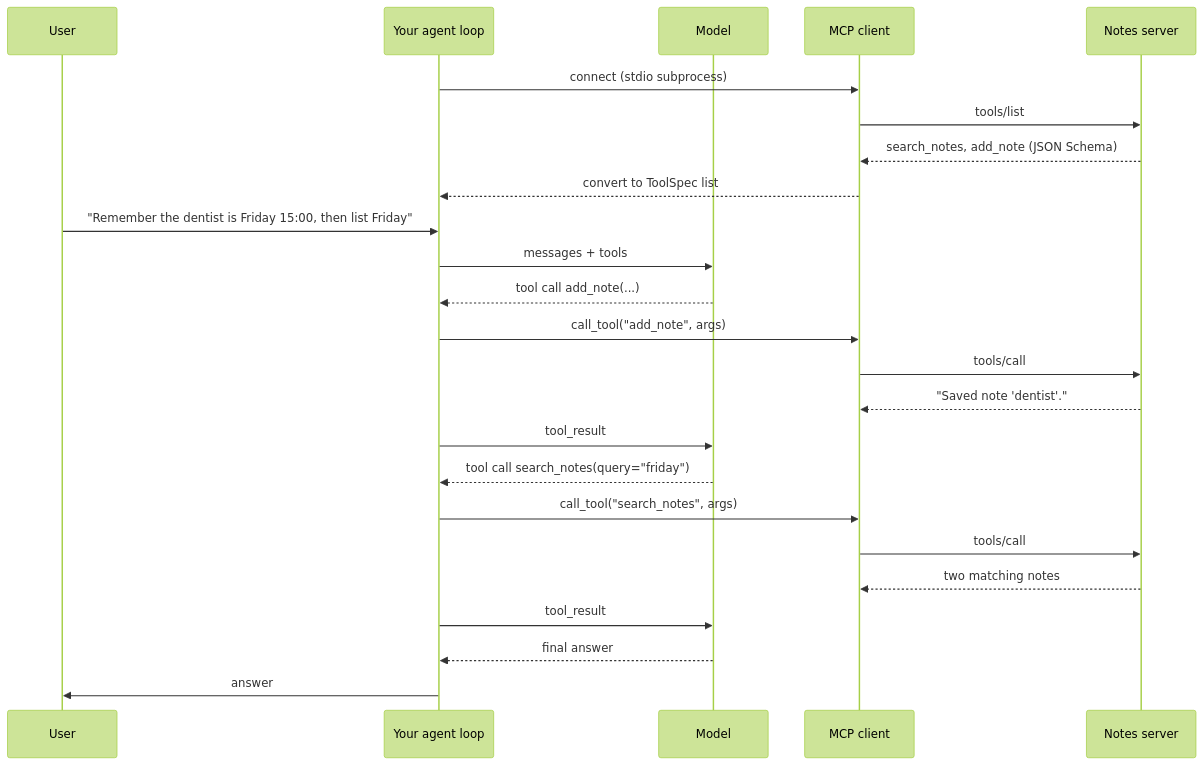
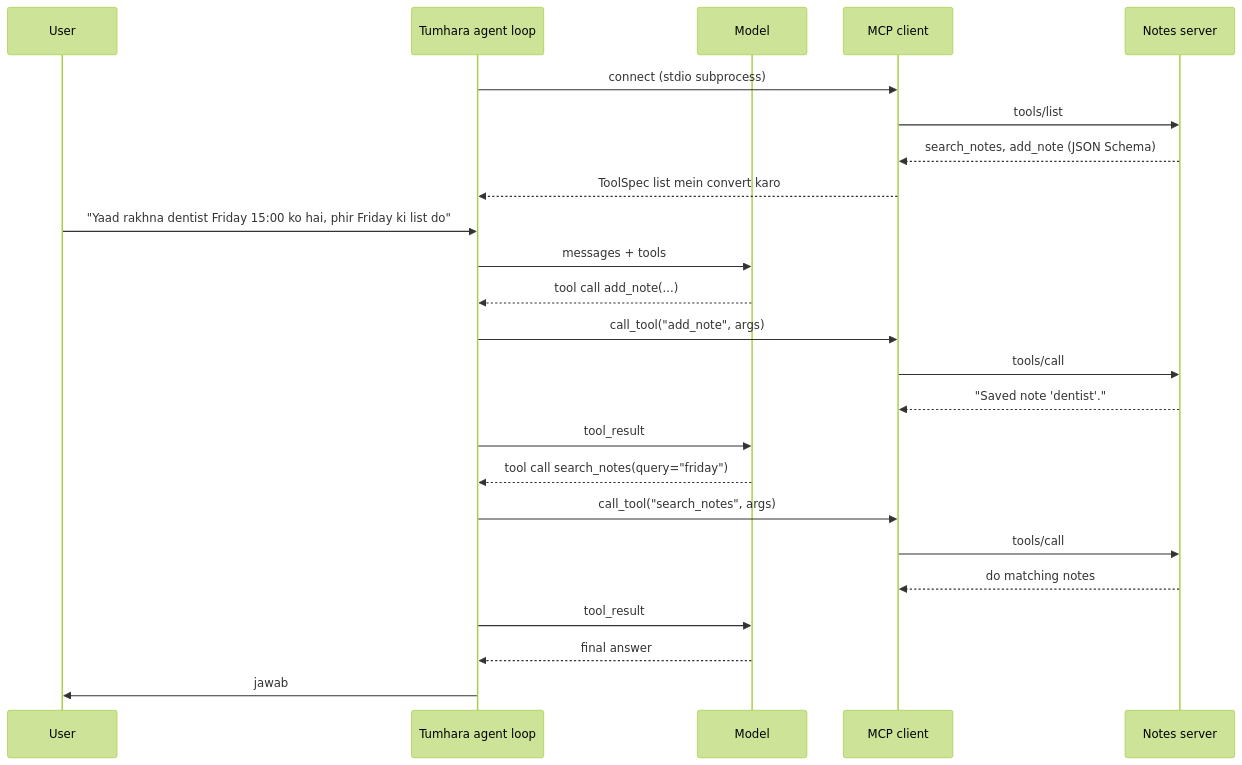
One commit to asmustechno/agentic-ai-notes changed the diagram in docs/04-model-context-protocol/04.5-connect-mcp-to-an-agent.md. Above: the diagram before and after it, drawn with Mermaid (forest theme). The commit also changed other lines of this file and 135 other files, not shown here.

````diff
--- a/docs/04-model-context-protocol/04.5-connect-mcp-to-an-agent.md
+++ b/docs/04-model-context-protocol/04.5-connect-mcp-to-an-agent.md
@@ -44,26 +44,26 @@
 ```mermaid
 sequenceDiagram
     participant U as User
-    participant A as Your agent loop
+    participant A as Tumhara agent loop
     participant M as Model
     participant C as MCP client
     participant S as Notes server
     A->>C: connect (stdio subprocess)
     C->>S: tools/list
     S-->>C: search_notes, add_note (JSON Schema)
-    C-->>A: convert to ToolSpec list
-    U->>A: "Remember the dentist is Friday 15:00, then list Friday"
+    C-->>A: ToolSpec list mein convert karo
+    U->>A: "Yaad rakhna dentist Friday 15:00 ko hai, phir Friday ki list do"
     A->>M: messages + tools
     M-->>A: tool call add_note(...)
     A->>C: call_tool("add_note", args)
     C->>S: tools/call
     S-->>C: "Saved note 'dentist'."
     A->>M: tool_result
     M-->>A: tool call search_notes(query="friday")
     A->>C: call_tool("search_notes", args)
     C->>S: tools/call
-    S-->>C: two matching notes
+    S-->>C: do matching notes
     A->>M: tool_result
     M-->>A: final answer
-    A->>U: answer
+    A->>U: jawab
 ```
````
